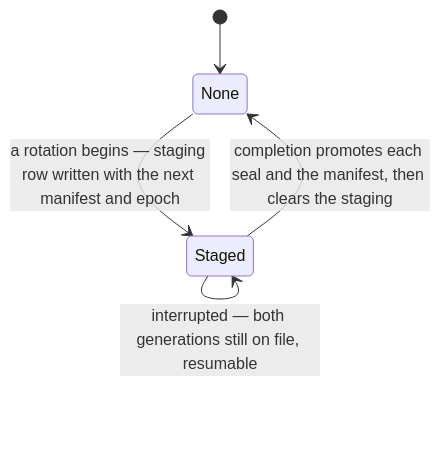
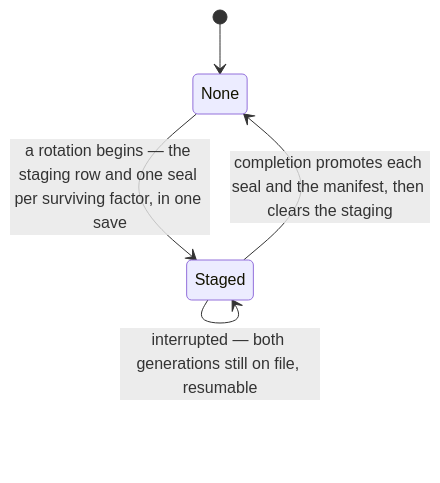
One commit to anton-kochev/budgetoid changed the diagram in docs/business-logic/key-rotation.md. Above: the diagram before and after it, drawn with Mermaid. The commit also changed other lines of this file and 16 other files, not shown here.

````diff
--- a/docs/business-logic/key-rotation.md
+++ b/docs/business-logic/key-rotation.md
@@ -441,9 +516,8 @@
 ```mermaid
 stateDiagram-v2
     [*] --> None
-    None --> Staged: a rotation begins — staging row written with the next manifest and epoch
-    Staged --> Staged: the new keys are encapsulated to each surviving factor — one seal per factor
+    None --> Staged: a rotation begins — the staging row and one seal per surviving factor, in one save
     Staged --> Staged: a chunk reseals rows and stamps them
     Staged --> None: completion promotes each seal and the manifest, then clears the staging
     Staged --> Staged: interrupted — both generations still on file, resumable
 ```
````
